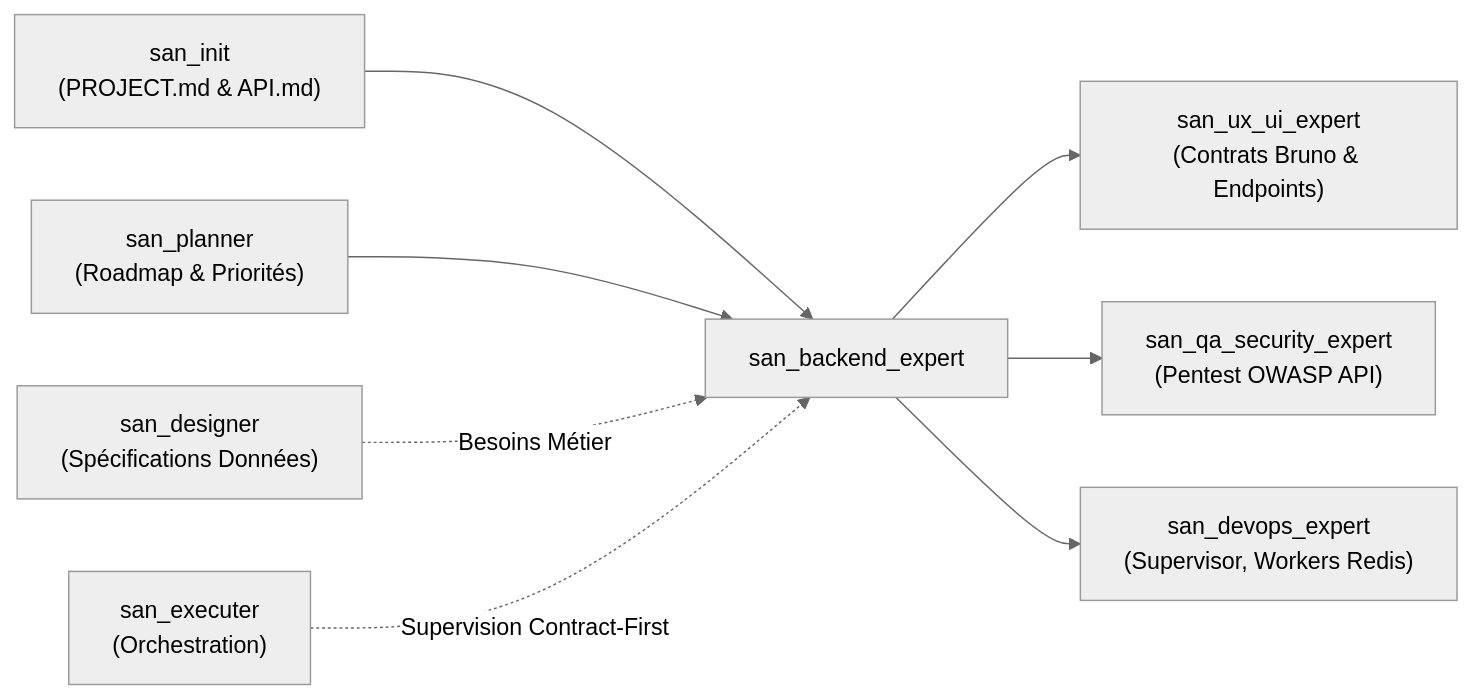
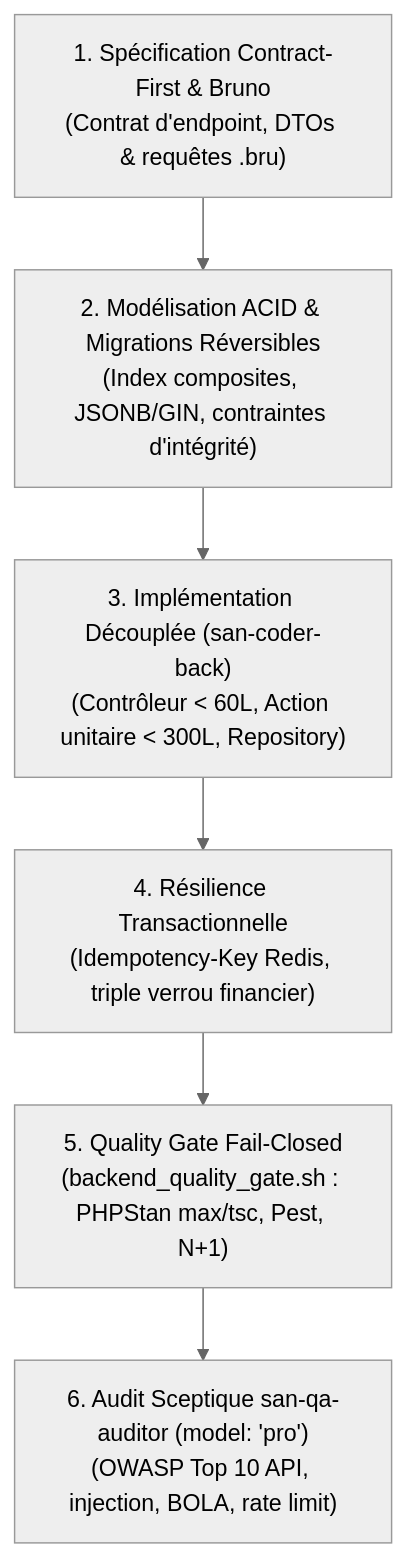
Before and after one commit to alexsan-dev/san_agy_framework: the diagram in src/skills/san_backend_expert/SKILL.md, drawn with Mermaid (neutral theme). The commit also changed other lines of this file and 114 other files, not shown here.

````diff
--- a/src/skills/san_backend_expert/SKILL.md
+++ b/src/skills/san_backend_expert/SKILL.md
@@ -593,10 +25,8 @@
 ```mermaid
-graph LR
-    san_init["san_init\n(PROJECT.md & API.md)"] --> san_backend_expert
-    san_planner["san_planner\n(Roadmap & Priorités)"] --> san_backend_expert
-    san_designer["san_designer\n(Spécifications Données)"] -.->|Besoins Métier| san_backend_expert
-    san_backend_expert --> san_ux_ui_expert["san_ux_ui_expert\n(Contrats Bruno & Endpoints)"]
-    san_backend_expert --> san_qa_security_expert["san_qa_security_expert\n(Pentest OWASP API)"]
-    san_backend_expert --> san_devops_expert["san_devops_expert\n(Supervisor, Workers Redis)"]
-    san_executer["san_executer\n(Orchestration)"] -.->|Supervision Contract-First| san_backend_expert
+flowchart TD
+    Step1["1. Spécification Contract-First & Bruno\n(Contrat d'endpoint, DTOs & requêtes .bru)"] --> Step2["2. Modélisation ACID & Migrations Réversibles\n(Index composites, JSONB/GIN, contraintes d'intégrité)"]
+    Step2 --> Step3["3. Implémentation Découplée (san-coder-back)\n(Contrôleur < 60L, Action unitaire < 300L, Repository)"]
+    Step3 --> Step4["4. Résilience Transactionnelle\n(Idempotency-Key Redis, triple verrou financier)"]
+    Step4 --> Step5["5. Quality Gate Fail-Closed\n(backend_quality_gate.sh : PHPStan max/tsc, Pest, N+1)"]
+    Step5 --> Step6["6. Audit Sceptique san-qa-auditor (model: 'pro')\n(OWASP Top 10 API, injection, BOLA, rate limit)"]
 ```
````
